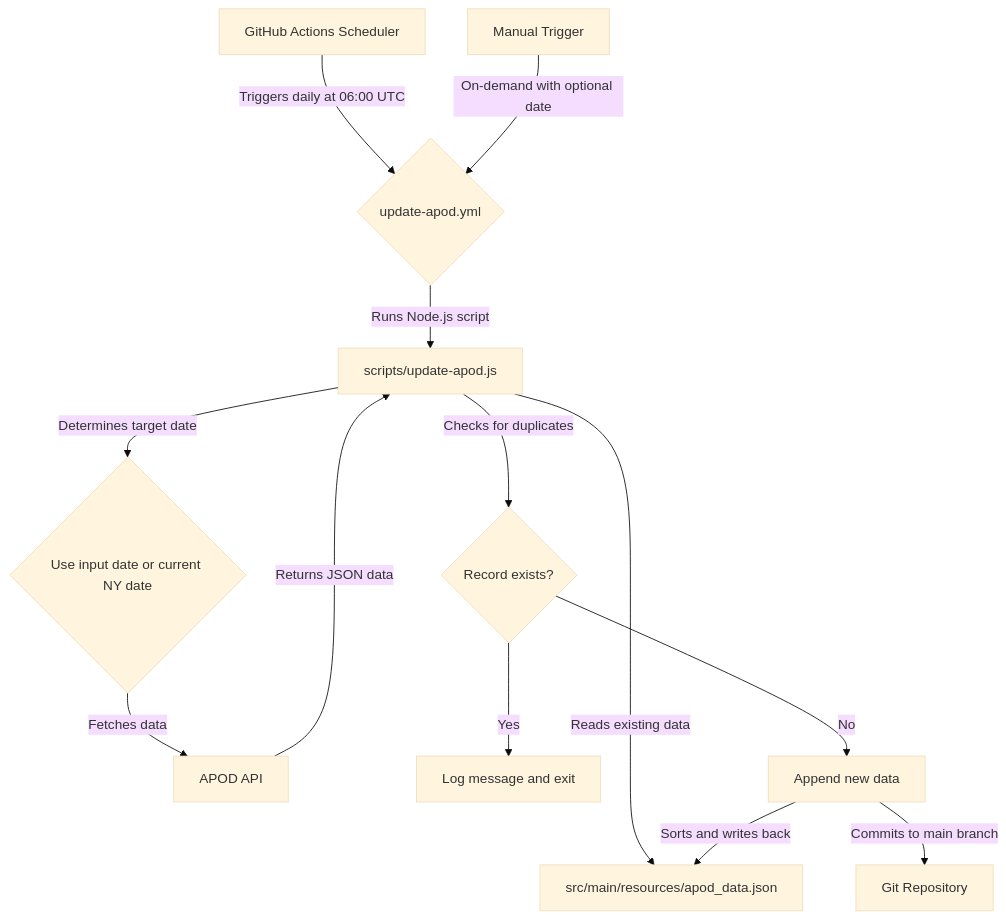
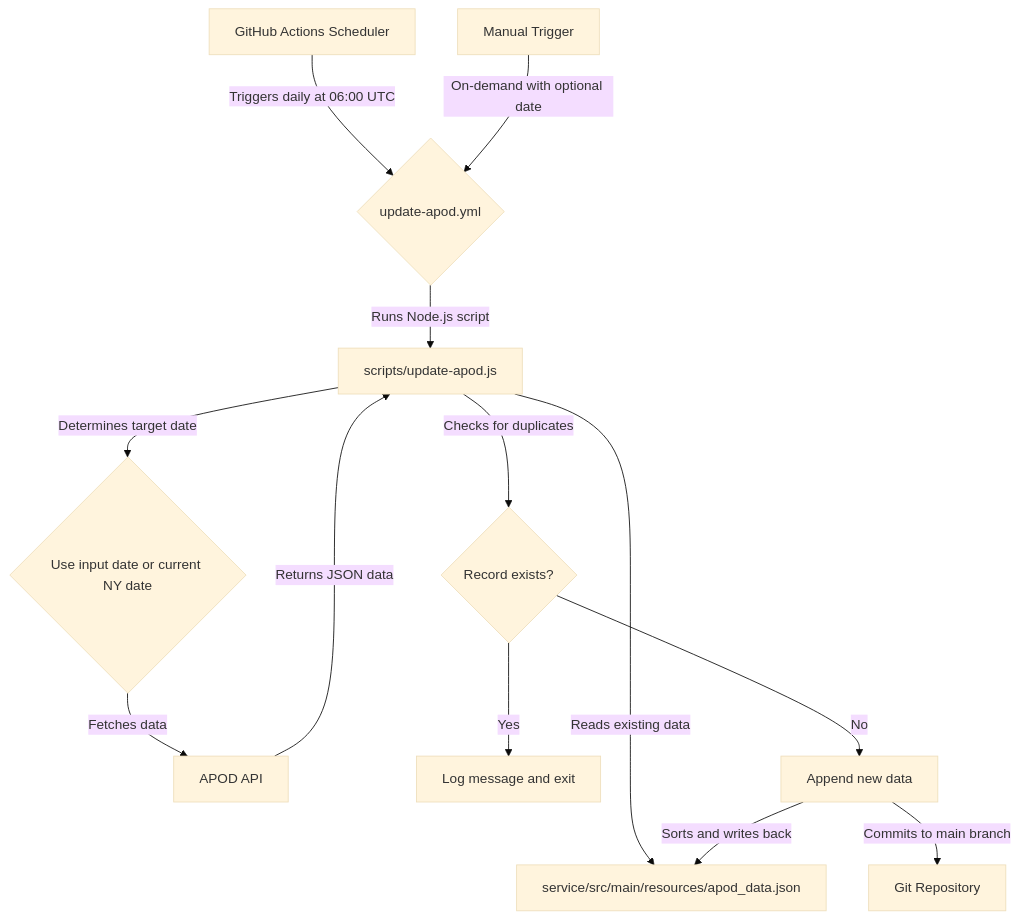
One commit to onFilm/apod-backend changed the diagram in architecture.md. Above: the diagram before and after it, drawn with Mermaid (base theme). The commit also changed other lines of this file and 40 other files, not shown here.

````diff
--- a/architecture.md
+++ b/architecture.md
@@ -47,15 +74,15 @@
 ```mermaid
 graph TD
     A[GitHub Actions Scheduler] -- Triggers daily at 06:00 UTC --> B{update-apod.yml};
     C[Manual Trigger] -- On-demand with optional date --> B;
     B -- Runs Node.js script --> D[scripts/update-apod.js];
     D -- Determines target date --> E{Use input date or current NY date};
     E -- Fetches data --> F[APOD API];
     F -- Returns JSON data --> D;
-    D -- Reads existing data --> G[src/main/resources/apod_data.json];
+    D -- Reads existing data --> G[service/src/main/resources/apod_data.json];
     D -- Checks for duplicates --> H{Record exists?};
     H -- Yes --> I[Log message and exit];
     H -- No --> J[Append new data];
     J -- Sorts and writes back --> G;
     J -- Commits to main branch --> K[Git Repository];
 ```
````
